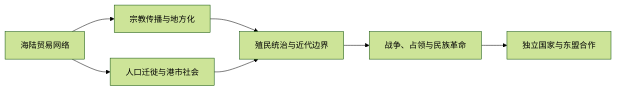
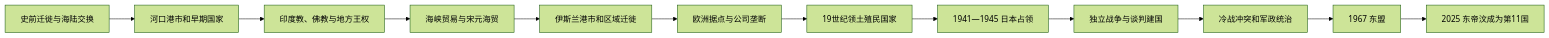
Before and after one commit to tianlan-dev/learning-notes: the diagram in 人文科学/历史/东南亚/_通史/README.md, drawn with Mermaid (forest theme). The commit also changed other lines of this file and 1417 other files, not shown here.

````diff
--- a/人文科学/历史/东南亚/_通史/README.md
+++ b/人文科学/历史/东南亚/_通史/README.md
@@ -20,9 +11,14 @@
 ```mermaid
 flowchart LR
-    Trade["海陆贸易网络"] --> Religion["宗教传播与地方化"]
-    Trade --> Migration["人口迁徙与港市社会"]
-    Religion --> Colonial["殖民统治与近代边界"]
-    Migration --> Colonial
-    Colonial --> War["战争、占领与民族革命"]
-    War --> Independence["独立国家与东盟合作"]
+    A["史前迁徙与海陆交换"] --> B["河口港市和早期国家"]
+    B --> C["印度教、佛教与地方王权"]
+    C --> D["海峡贸易与宋元海贸"]
+    D --> E["伊斯兰港市和区域迁徙"]
+    E --> F["欧洲据点与公司垄断"]
+    F --> G["19世纪领土殖民国家"]
+    G --> H["1941—1945 日本占领"]
+    H --> I["独立战争与谈判建国"]
+    I --> J["冷战冲突和军政统治"]
+    J --> K["1967 东盟"]
+    K --> L["2025 东帝汶成为第11国"]
 ```
````
